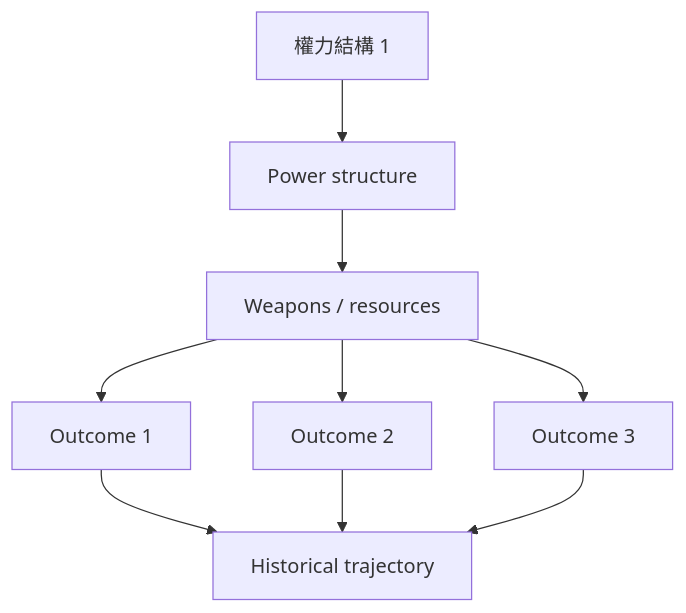
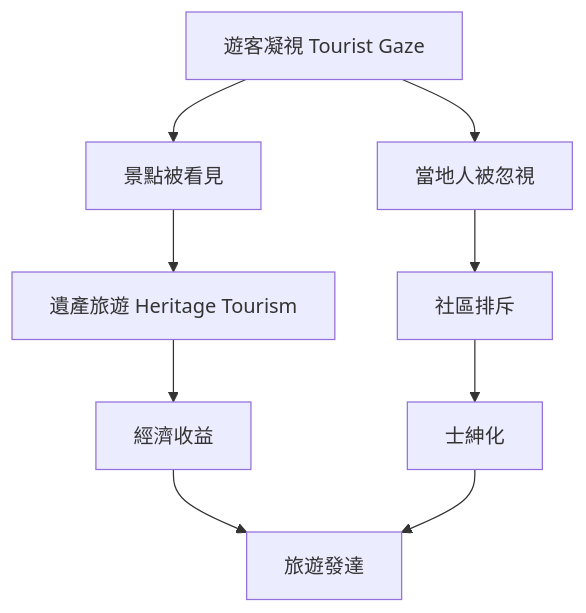
Before and after one commit to yip-lgtm/HKU-Harvard-History-Self-Study: the first of 10 diagrams in 01_HKU_Courses/HIST3076_Tourism_and_history.md, drawn with Mermaid. The commit also changed other lines of this file and 65 other files, not shown here.

````diff
--- a/01_HKU_Courses/HIST3076_Tourism_and_history.md
+++ b/01_HKU_Courses/HIST3076_Tourism_and_history.md
@@ -107,11 +130,11 @@
 ```mermaid
-graph TD
-    A[權力結構 1] --> B[Power structure]
-    B --> C[Weapons / resources]
-    C --> D[Outcome 1]
-    C --> E[Outcome 2]
-    C --> F[Outcome 3]
-    D --> G[Historical trajectory]
-    E --> G
-    F --> G
+flowchart TD
+    A[遊客凝視 Tourist Gaze] --> B[景點被看見]
+    A --> C[當地人被忽視]
+    B --> D[遺產旅遊 Heritage Tourism]
+    C --> E[社區排斥]
+    D --> F[經濟收益]
+    E --> G[士紳化]
+    F --> H[旅遊發達]
+    G --> H
 ```
````
